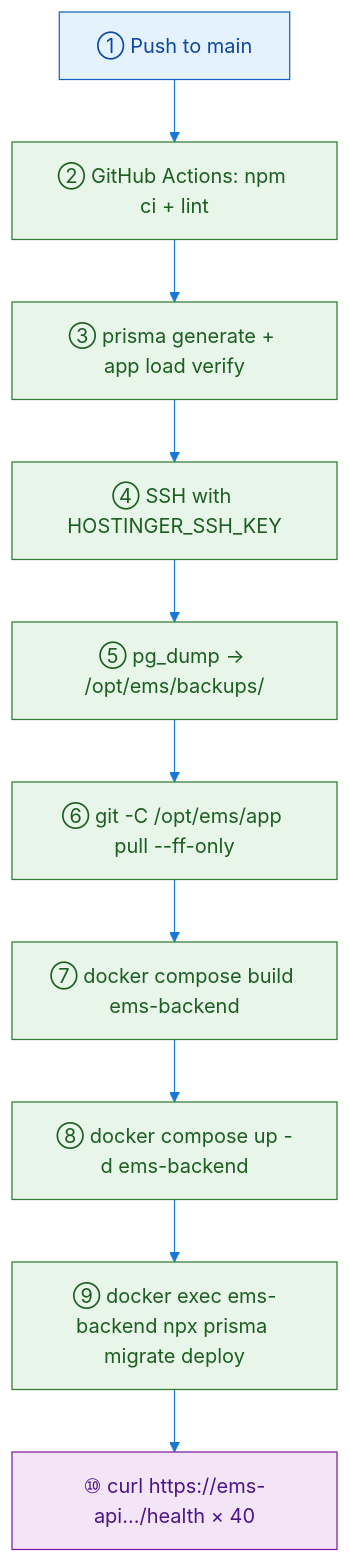
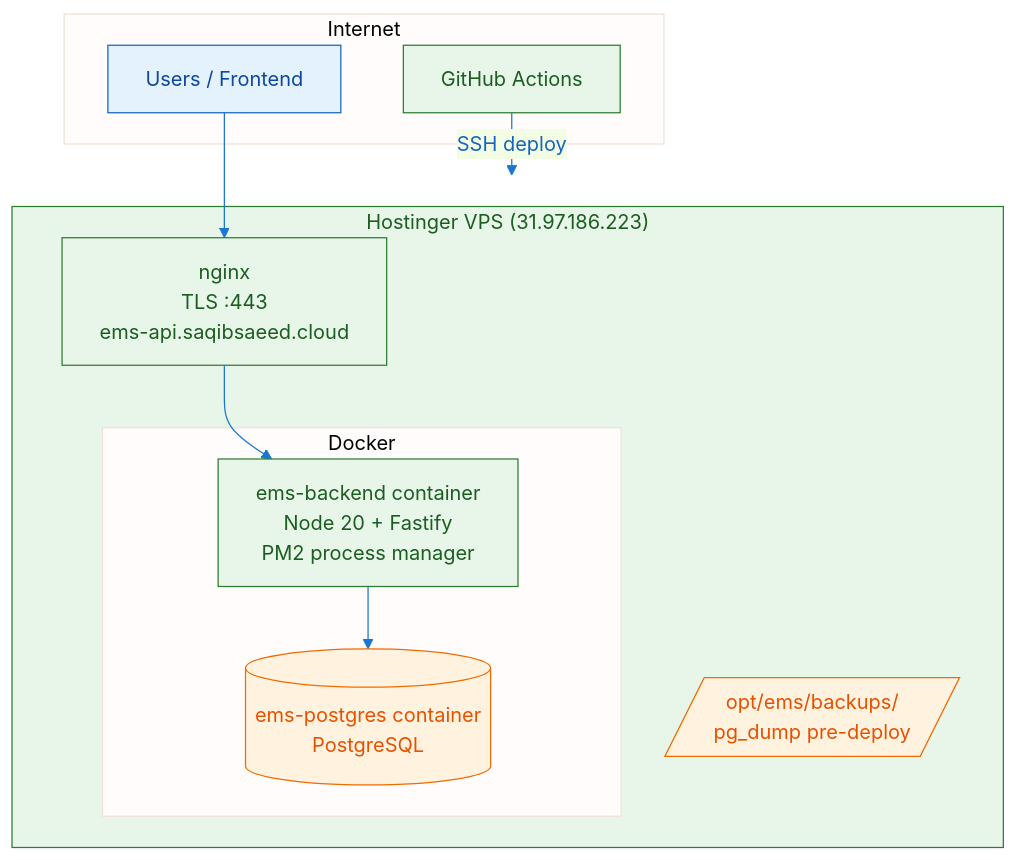
The diagram in docs/.pdf-assets/diagram-21.mmd (saeedafri/Employee-management-system), drawn with Mermaid before and after one commit. The commit also changed 114 other files, not shown here.

```diff
--- a/docs/.pdf-assets/diagram-21.mmd
+++ b/docs/.pdf-assets/diagram-21.mmd
@@ -1,20 +1,28 @@
-flowchart TD
+flowchart TB
 %%{init: {'theme': 'base', 'themeVariables': { 'primaryColor': '#e3f2fd', 'primaryTextColor': '#1565c0', 'lineColor': '#1976d2'}}}%%
-S1["① Push to main"] --> S2["② GitHub Actions: npm ci + lint"]
-    S2 --> S3["③ prisma generate + app load verify"]
-    S3 --> S4["④ SSH with HOSTINGER_SSH_KEY"]
-    S4 --> S5["⑤ pg_dump → /opt/ems/backups/"]
-    S5 --> S6["⑥ git -C /opt/ems/app pull --ff-only"]
-    S6 --> S7["⑦ docker compose build ems-backend"]
-    S7 --> S8["⑧ docker compose up -d ems-backend"]
-    S8 --> S9["⑨ docker exec ems-backend npx prisma migrate deploy"]
-    S9 --> S10["⑩ curl https://ems-api.../health × 40"]
+subgraph Internet
+        USER[Users / Frontend]
+        GH[GitHub Actions]
+    end
+
+    subgraph VPS["Hostinger VPS (31.97.186.223)"]
+        NGINX[nginx<br/>TLS :443<br/>ems-api.saqibsaeed.cloud]
+        subgraph Docker
+            BE[ems-backend container<br/>Node 20 + Fastify<br/>PM2 process manager]
+            PG[(ems-postgres container<br/>PostgreSQL)]
+        end
+        BACKUP[/opt/ems/backups/<br/>pg_dump pre-deploy/]
+    end
+
+    USER --> NGINX --> BE
+    BE --> PG
+    GH -->|SSH deploy| VPS
 
 classDef client fill:#e3f2fd,stroke:#1565c0,color:#0d47a1
     classDef api fill:#e8f5e9,stroke:#2e7d32,color:#1b5e20
     classDef db fill:#fff3e0,stroke:#ef6c00,color:#e65100
     classDef external fill:#f3e5f5,stroke:#7b1fa2,color:#4a148c
     classDef warn fill:#ffebee,stroke:#c62828,color:#b71c1c
-    class S1 client
-    class S2,S3,S4,S5,S6,S7,S8,S9 api
-    class S10 external
+    class USER client
+    class BE,GH,NGINX,VPS api
+    class BACKUP,PG db
```
